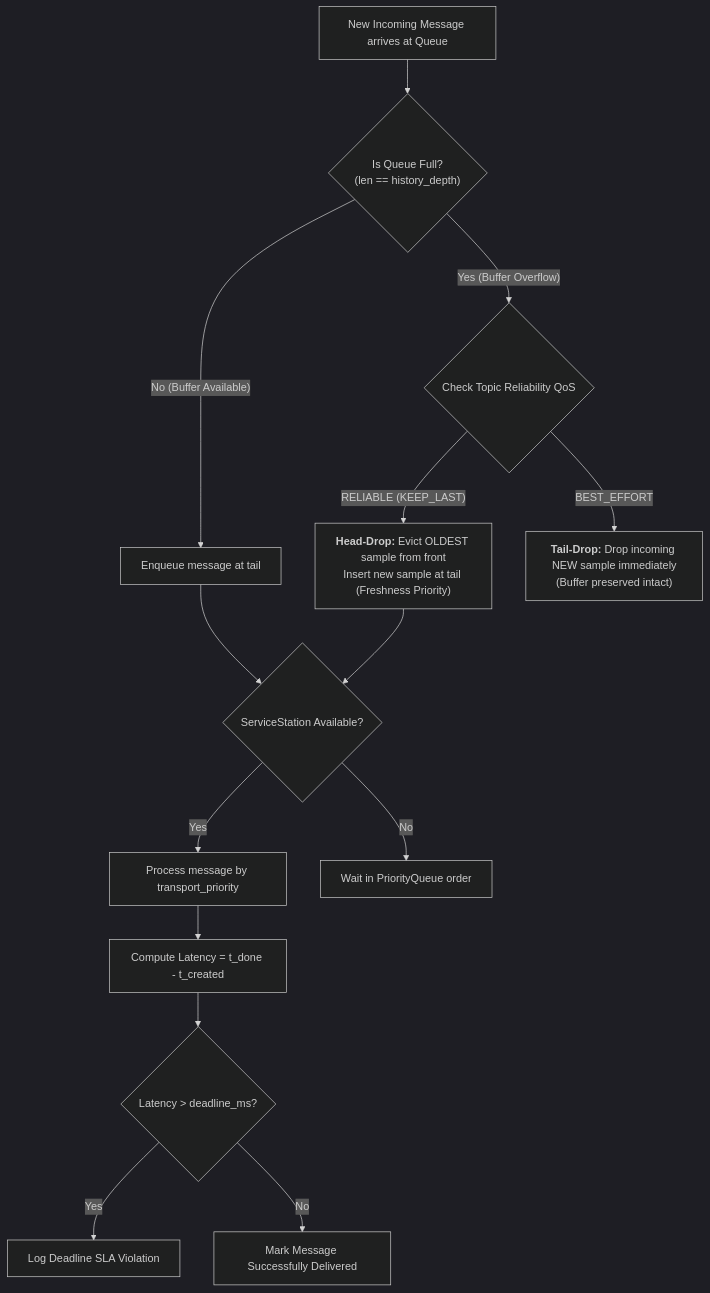
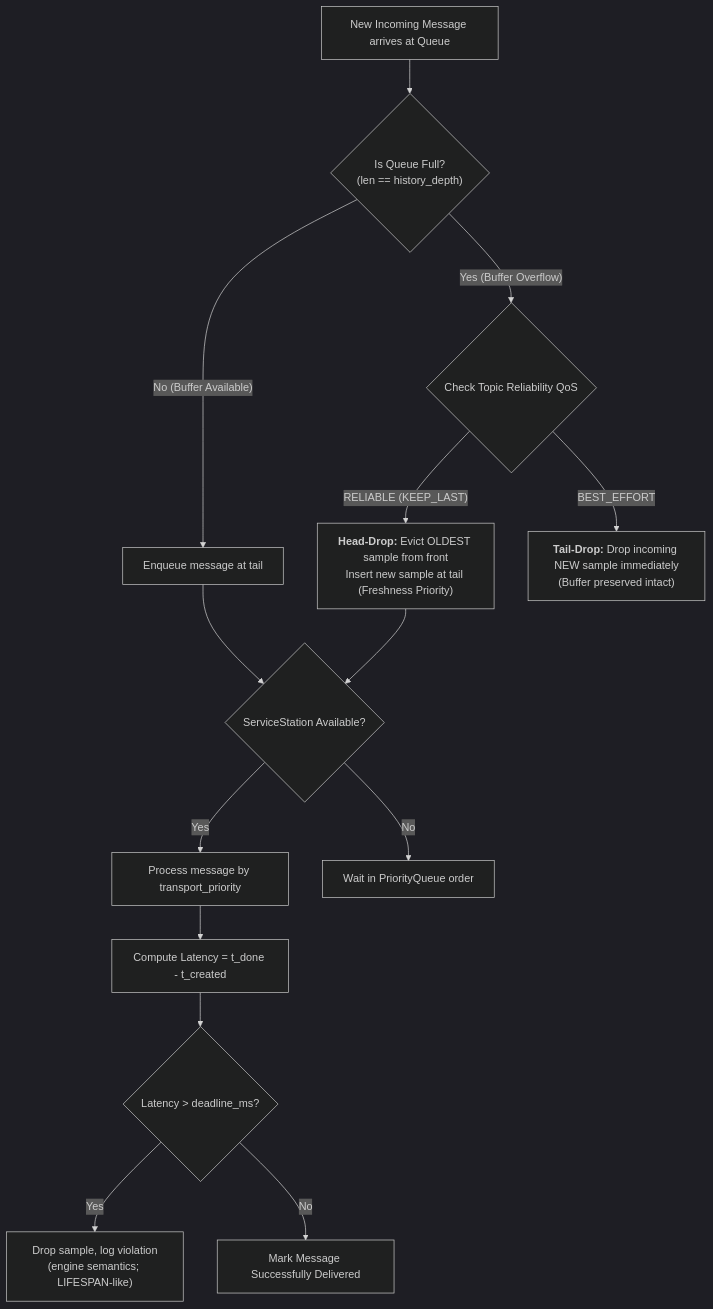
The seventh of 8 diagrams in docs/failure-simulation.md (onuralpyigit/SoftwareAsAGraph), drawn with Mermaid (dark theme) before and after one commit. The commit also changed other lines of this file and 16 other files, not shown here.

````diff
--- a/docs/failure-simulation.md
+++ b/docs/failure-simulation.md
@@ -810,22 +811,22 @@
 ```mermaid
 flowchart TD
     MSG["New Incoming Message arrives at Queue"] --> CHK{"Is Queue Full?<br>(len == history_depth)"}
     
     CHK -- "No (Buffer Available)" --> ENQ["Enqueue message at tail"]
     
     CHK -- "Yes (Buffer Overflow)" --> QOS{"Check Topic Reliability QoS"}
     
     QOS -- "RELIABLE (KEEP_LAST)" --> HD["<b>Head-Drop:</b> Evict OLDEST sample from front<br>Insert new sample at tail (Freshness Priority)"]
     QOS -- "BEST_EFFORT" --> TD["<b>Tail-Drop:</b> Drop incoming NEW sample immediately<br>(Buffer preserved intact)"]
     
     ENQ --> SCHED{"ServiceStation Available?"}
     HD --> SCHED
     
     SCHED -- "Yes" --> PROC["Process message by transport_priority"]
     SCHED -- "No" --> WAIT["Wait in PriorityQueue order"]
     
     PROC --> LAT["Compute Latency = t_done - t_created"]
     LAT --> DDL{"Latency > deadline_ms?"}
-    DDL -- "Yes" --> SLA["Log Deadline SLA Violation"]
+    DDL -- "Yes" --> SLA["Drop sample, log violation<br>(engine semantics; LIFESPAN-like)"]
     DDL -- "No" --> DELIV["Mark Message Successfully Delivered"]
 ```
````
